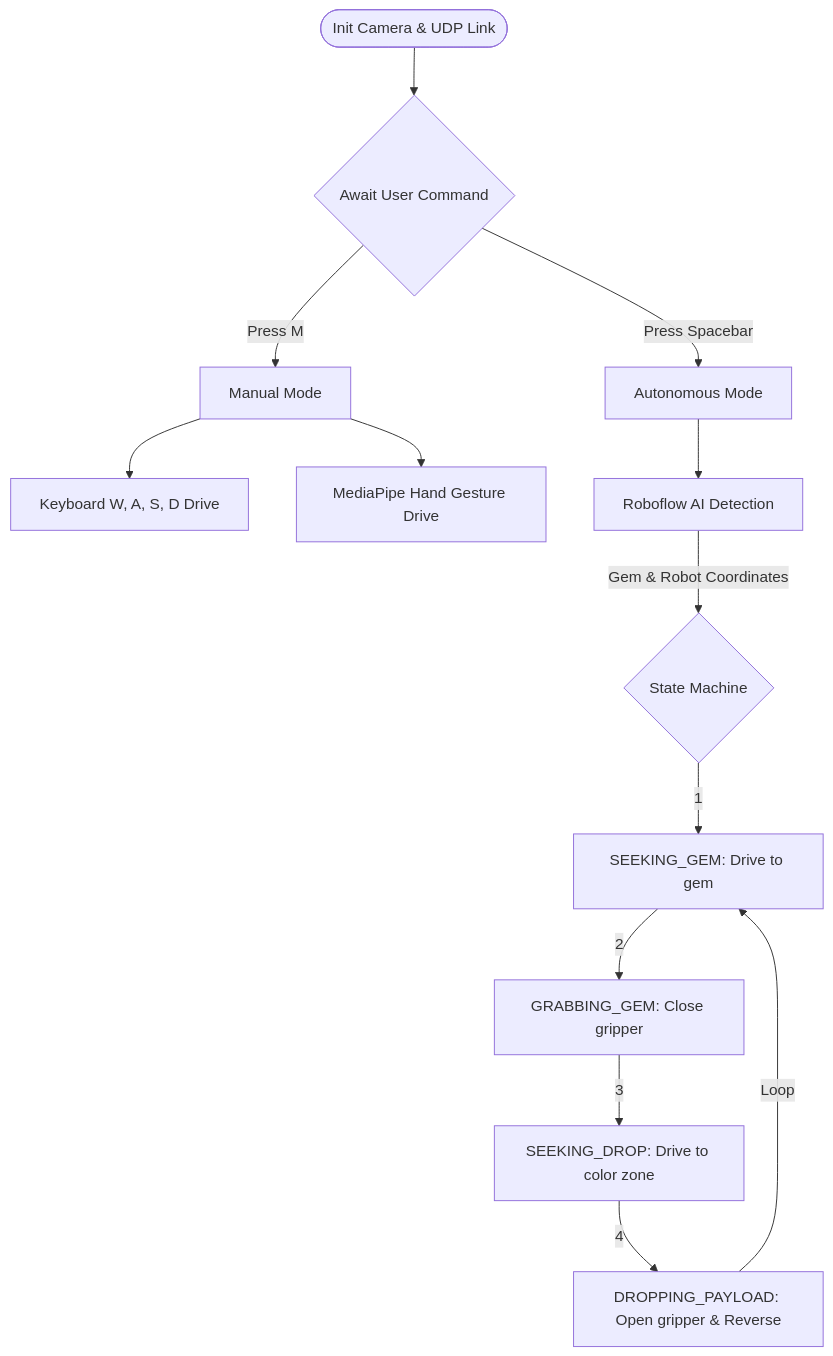
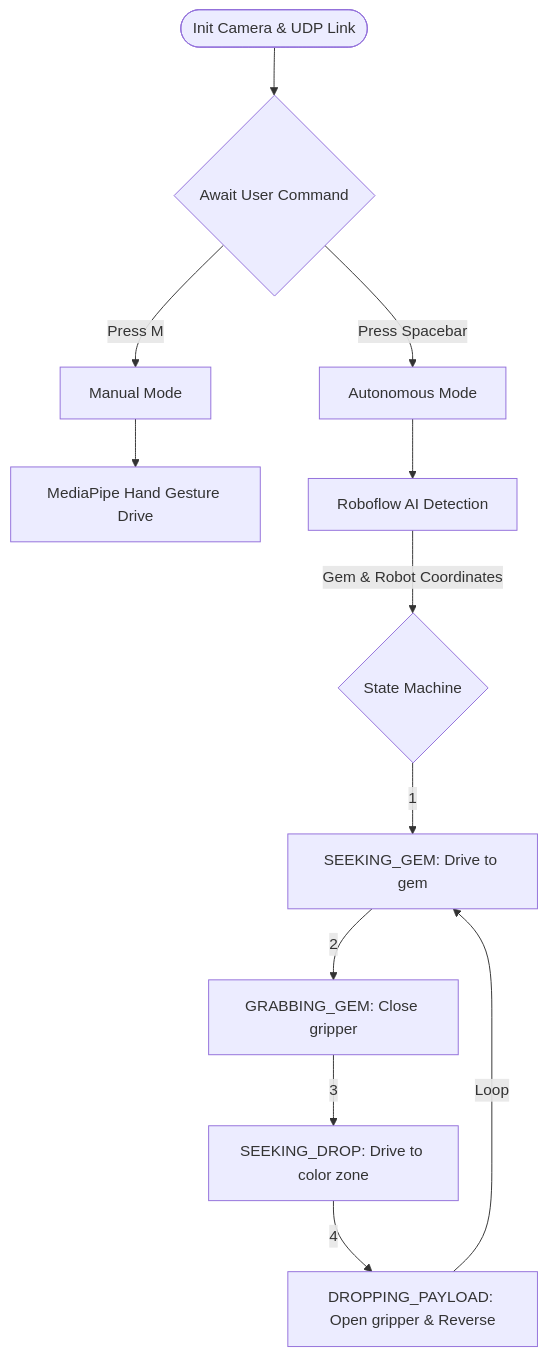
Before and after one commit to Pr3mz/Eng-Expo: the diagram in README.md, drawn with Mermaid. The commit also changed other lines of this file and 2 other files, not shown here.

Commit message:
feat: update manual control instructions to emphasize hand gesture functionality

````diff
--- a/README.md
+++ b/README.md
@@ -11,18 +11,17 @@
 ```mermaid
 flowchart TD
     Start([Init Camera & UDP Link]) --> Check{Await User Command}
 
     Check -->|Press M| Manual[Manual Mode]
-    Manual --> W[Keyboard W, A, S, D Drive]
     Manual --> G[MediaPipe Hand Gesture Drive]
     
     Check -->|Press Spacebar| Auto[Autonomous Mode]
     Auto --> Vision[Roboflow AI Detection]
     Vision --"Gem & Robot Coordinates"--> Planner{State Machine}
     
     Planner -->|1| SeekGem[SEEKING_GEM: Drive to gem]
     SeekGem -->|2| Grab[GRABBING_GEM: Close gripper]
     Grab -->|3| SeekDrop[SEEKING_DROP: Drive to color zone]
     SeekDrop -->|4| Drop[DROPPING_PAYLOAD: Open gripper & Reverse]
     Drop -->|Loop| SeekGem
 ```
````
